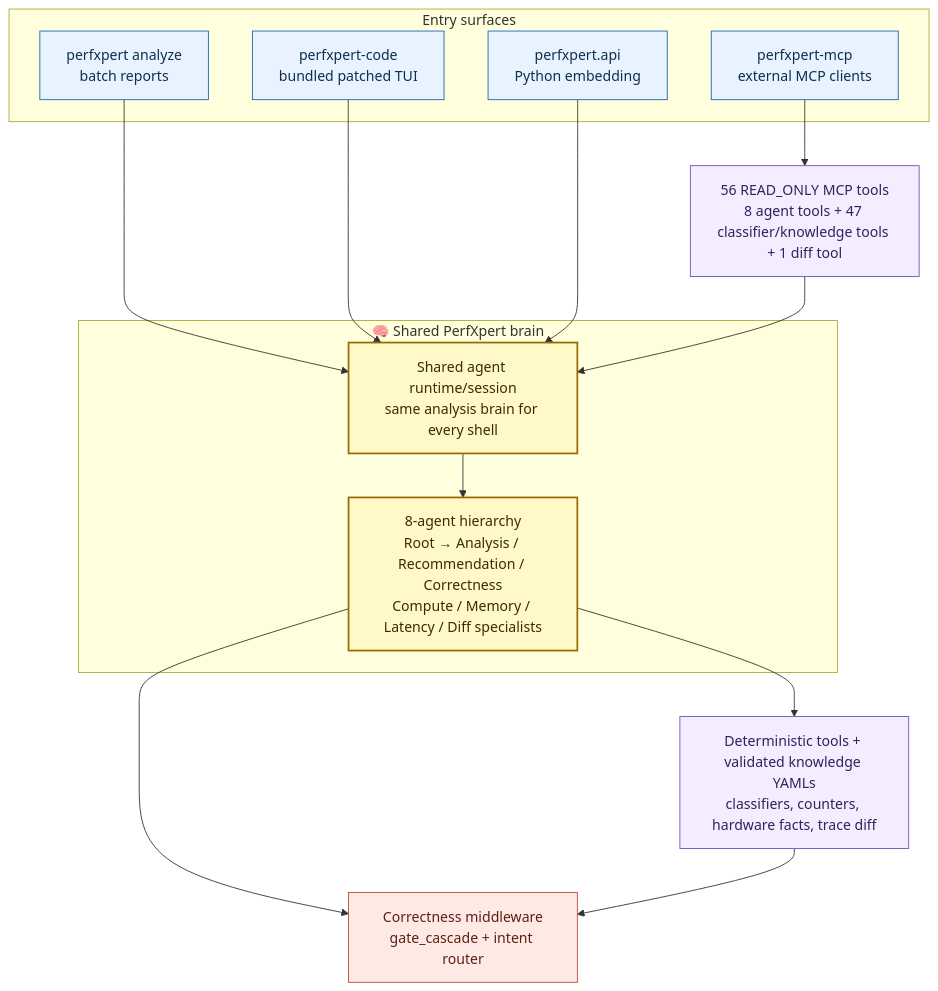
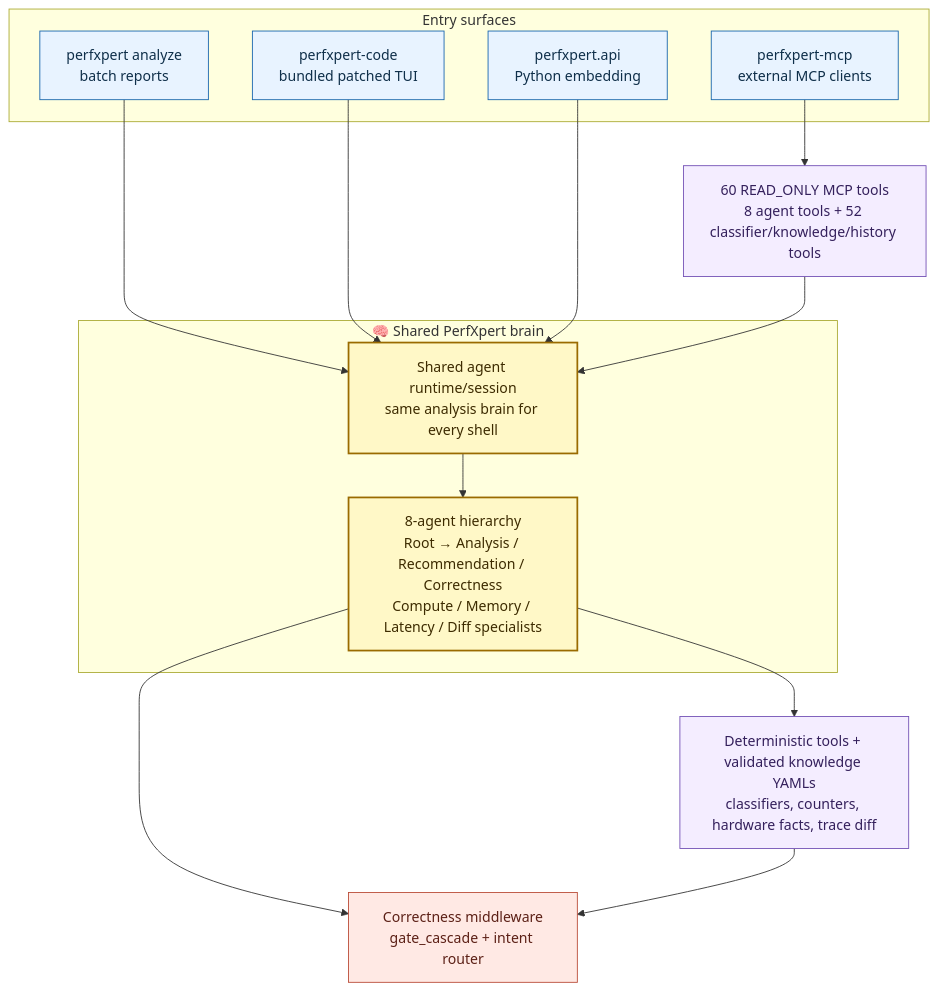
The diagram in experimental/python/perfxpert/README.md (yelkhamra/rocm-systems), drawn with Mermaid before and after one commit. The commit also changed other lines of this file and 42 other files, not shown here.

Commit message:
feat(perfxpert): add scoped knowledge retention Add a project-namespaced SQLite observation store with durable predictions. Record trusted analyze, diff, and CI results while keeping tools read-only. Expose scoped history APIs, lifecycle commands, tests, and documentation.

````diff
--- a/experimental/python/perfxpert/README.md
+++ b/experimental/python/perfxpert/README.md
@@ -125,40 +125,40 @@
 ```mermaid
 flowchart TD
   classDef entry fill:#e8f3ff,stroke:#1664ad,color:#0f2f4a,stroke-width:1px
   classDef runtime fill:#fff4d8,stroke:#a66a00,color:#4a3100,stroke-width:1px
   classDef agent fill:#eaf8ef,stroke:#227343,color:#143b26,stroke-width:1px
   classDef brain fill:#fff8c7,stroke:#9a6b00,color:#3d2b00,stroke-width:2px
   classDef guard fill:#ffe9e4,stroke:#b94a36,color:#5c2016,stroke-width:1px
   classDef data fill:#f4edff,stroke:#7250b5,color:#34205c,stroke-width:1px
 
   subgraph entry["Entry surfaces"]
     analyze["perfxpert analyze<br/>batch reports"]
     code["perfxpert-code<br/>bundled patched TUI"]
     mcp["perfxpert-mcp<br/>external MCP clients"]
     api["perfxpert.api<br/>Python embedding"]
   end
 
   subgraph brainSection["🧠 Shared PerfXpert brain"]
     runtime["Shared agent runtime/session<br/>same analysis brain for every shell"]
     hierarchy["8-agent hierarchy<br/>Root → Analysis / Recommendation / Correctness<br/>Compute / Memory / Latency / Diff specialists"]
   end
 
   knowledge["Deterministic tools + validated knowledge YAMLs<br/>classifiers, counters, hardware facts, trace diff"]
   gates["Correctness middleware<br/>gate_cascade + intent router"]
-  readonly["56 READ_ONLY MCP tools<br/>8 agent tools + 47 classifier/knowledge tools + 1 diff tool"]
+  readonly["60 READ_ONLY MCP tools<br/>8 agent tools + 52 classifier/knowledge/history tools"]
 
   analyze --> runtime
   code --> runtime
   api --> runtime
   mcp --> readonly
   readonly --> runtime
   runtime --> hierarchy
   hierarchy --> knowledge
   hierarchy --> gates
   knowledge --> gates
 
   class analyze,code,mcp,api entry
   class runtime,hierarchy brain
   class gates guard
   class knowledge,readonly data
 ```
````
